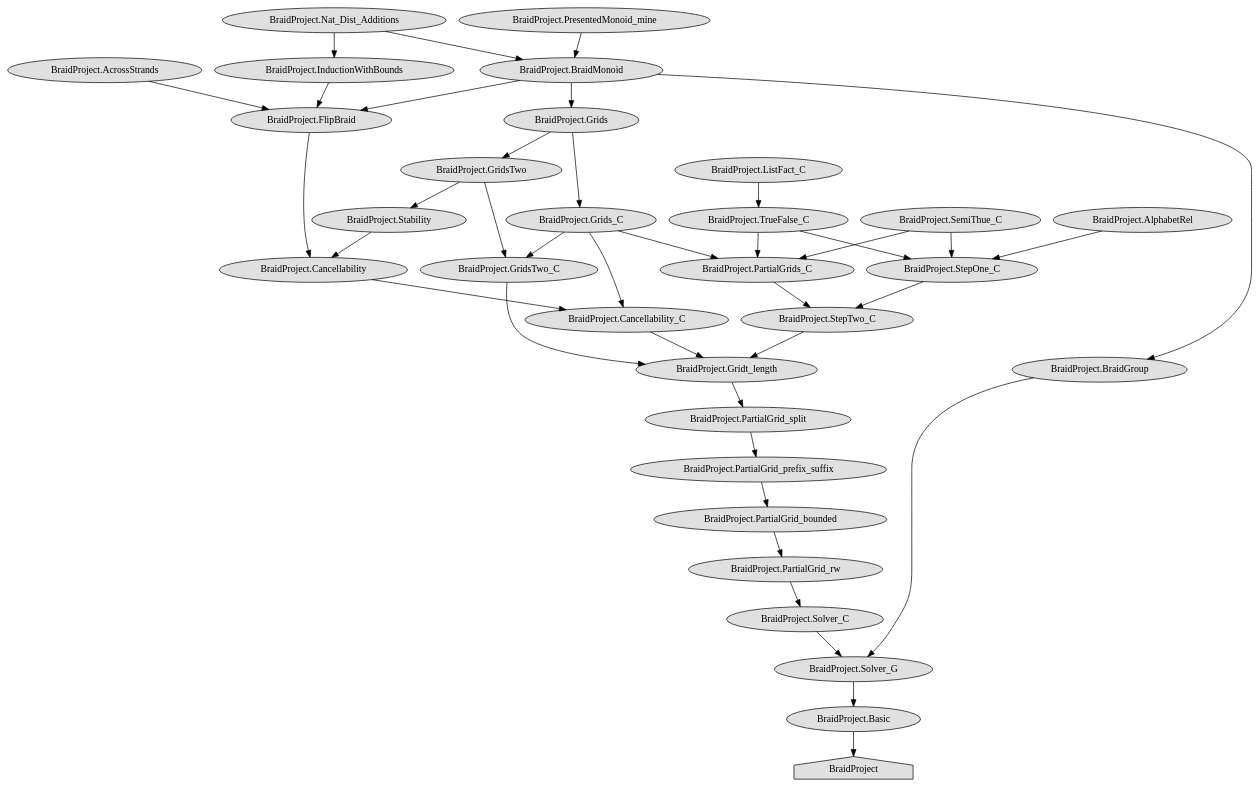
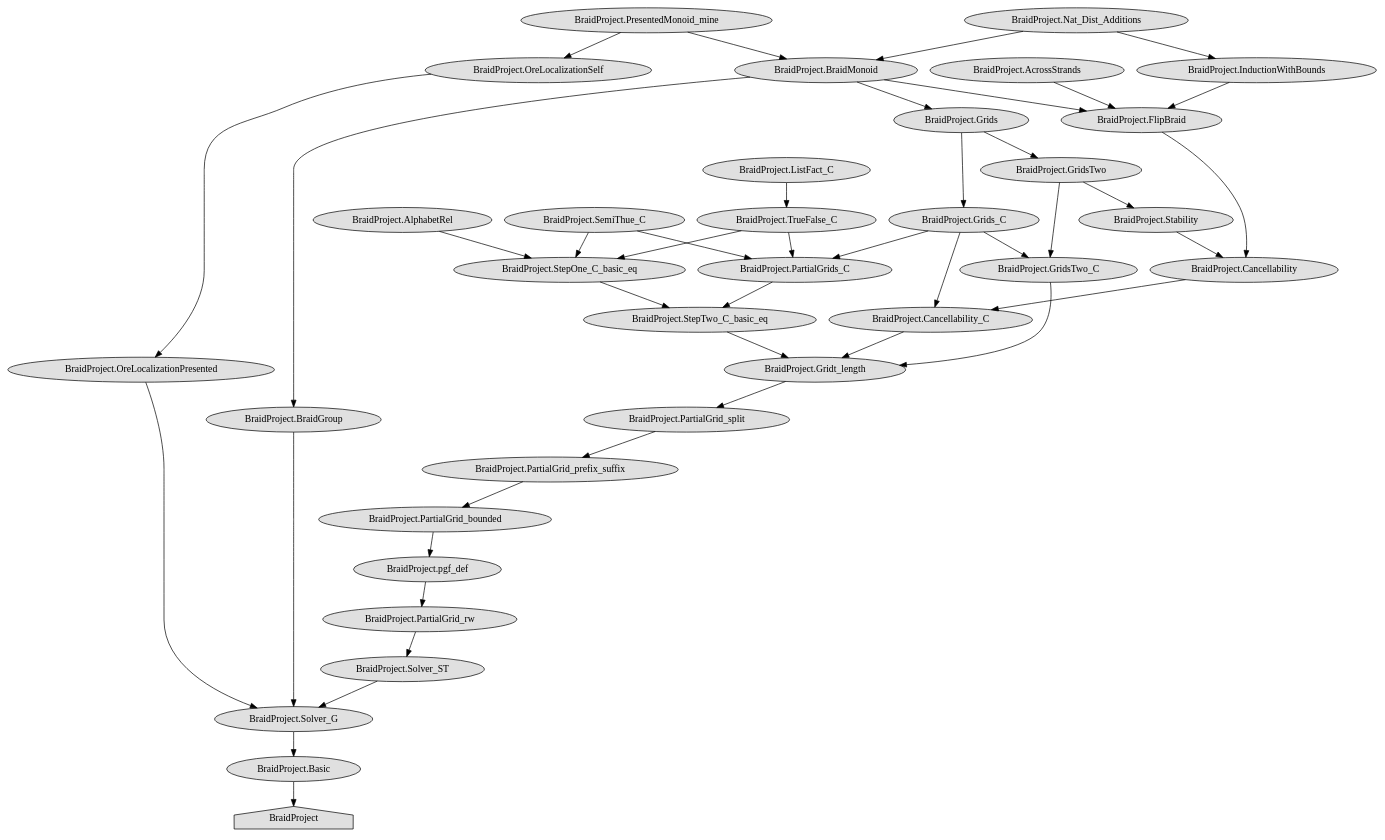
The diagram in import_graph_braid_only.dot (hannahfechtner/braids_better), drawn with Graphviz before and after one commit. The commit also changed 4135 other files, not shown here.

```diff
--- a/import_graph_braid_only.dot
+++ b/import_graph_braid_only.dot
@@ -1,70 +1,77 @@
 digraph "import_graph" {
+  "BraidProject.OreLocalizationSelf" [style=filled, fillcolor="#e0e0e0", shape=ellipse];
+  "BraidProject.PresentedMonoid_mine" -> "BraidProject.OreLocalizationSelf";
   "BraidProject.GridsTwo" [style=filled, fillcolor="#e0e0e0", shape=ellipse];
   "BraidProject.Grids" -> "BraidProject.GridsTwo";
   "BraidProject.BraidGroup" [style=filled, fillcolor="#e0e0e0", shape=ellipse];
   "BraidProject.BraidMonoid" -> "BraidProject.BraidGroup";
+  "BraidProject.OreLocalizationPresented" [style=filled, fillcolor="#e0e0e0", shape=ellipse];
+  "BraidProject.OreLocalizationSelf" -> "BraidProject.OreLocalizationPresented";
   "BraidProject.InductionWithBounds" [style=filled, fillcolor="#e0e0e0", shape=ellipse];
   "BraidProject.Nat_Dist_Additions" -> "BraidProject.InductionWithBounds";
   "BraidProject.ListFact_C" [style=filled, fillcolor="#e0e0e0", shape=ellipse];
   "BraidProject.PartialGrid_bounded" [style=filled, fillcolor="#e0e0e0", shape=ellipse];
   "BraidProject.PartialGrid_prefix_suffix" -> "BraidProject.PartialGrid_bounded";
   "BraidProject.PartialGrid_prefix_suffix" [style=filled, fillcolor="#e0e0e0", shape=ellipse];
   "BraidProject.PartialGrid_split" -> "BraidProject.PartialGrid_prefix_suffix";
-  "BraidProject.Solver_C" [style=filled, fillcolor="#e0e0e0", shape=ellipse];
-  "BraidProject.PartialGrid_rw" -> "BraidProject.Solver_C";
   "BraidProject.Cancellability_C" [style=filled, fillcolor="#e0e0e0", shape=ellipse];
   "BraidProject.Grids_C" -> "BraidProject.Cancellability_C";
   "BraidProject.Cancellability" -> "BraidProject.Cancellability_C";
+  "BraidProject.pgf_def" [style=filled, fillcolor="#e0e0e0", shape=ellipse];
+  "BraidProject.PartialGrid_bounded" -> "BraidProject.pgf_def";
   "BraidProject.PartialGrid_rw" [style=filled, fillcolor="#e0e0e0", shape=ellipse];
-  "BraidProject.PartialGrid_bounded" -> "BraidProject.PartialGrid_rw";
+  "BraidProject.pgf_def" -> "BraidProject.PartialGrid_rw";
   "BraidProject.GridsTwo_C" [style=filled, fillcolor="#e0e0e0", shape=ellipse];
   "BraidProject.Grids_C" -> "BraidProject.GridsTwo_C";
   "BraidProject.GridsTwo" -> "BraidProject.GridsTwo_C";
   "BraidProject.Stability" [style=filled, fillcolor="#e0e0e0", shape=ellipse];
   "BraidProject.GridsTwo" -> "BraidProject.Stability";
   "BraidProject.BraidMonoid" [style=filled, fillcolor="#e0e0e0", shape=ellipse];
   "BraidProject.PresentedMonoid_mine" -> "BraidProject.BraidMonoid";
   "BraidProject.Nat_Dist_Additions" -> "BraidProject.BraidMonoid";
   "BraidProject.Nat_Dist_Additions" [style=filled, fillcolor="#e0e0e0", shape=ellipse];
   "BraidProject.Solver_G" [style=filled, fillcolor="#e0e0e0", shape=ellipse];
-  "BraidProject.Solver_C" -> "BraidProject.Solver_G";
+  "BraidProject.Solver_ST" -> "BraidProject.Solver_G";
   "BraidProject.BraidGroup" -> "BraidProject.Solver_G";
+  "BraidProject.OreLocalizationPresented" -> "BraidProject.Solver_G";
   "BraidProject.Cancellability" [style=filled, fillcolor="#e0e0e0", shape=ellipse];
   "BraidProject.Stability" -> "BraidProject.Cancellability";
   "BraidProject.FlipBraid" -> "BraidProject.Cancellability";
   "BraidProject.Basic" [style=filled, fillcolor="#e0e0e0", shape=ellipse];
   "BraidProject.Solver_G" -> "BraidProject.Basic";
   "BraidProject.AcrossStrands" [style=filled, fillcolor="#e0e0e0", shape=ellipse];
+  "BraidProject.StepTwo_C_basic_eq" [style=filled, fillcolor="#e0e0e0", shape=ellipse];
+  "BraidProject.PartialGrids_C" -> "BraidProject.StepTwo_C_basic_eq";
+  "BraidProject.StepOne_C_basic_eq" -> "BraidProject.StepTwo_C_basic_eq";
   "BraidProject.Gridt_length" [style=filled, fillcolor="#e0e0e0", shape=ellipse];
-  "BraidProject.StepTwo_C" -> "BraidProject.Gridt_length";
+  "BraidProject.StepTwo_C_basic_eq" -> "BraidProject.Gridt_length";
   "BraidProject.Cancellability_C" -> "BraidProject.Gridt_length";
   "BraidProject.GridsTwo_C" -> "BraidProject.Gridt_length";
   "BraidProject" [style=filled, fillcolor="#e0e0e0", shape=house];
   "BraidProject.Basic" -> "BraidProject";
   "BraidProject.SemiThue_C" [style=filled, fillcolor="#e0e0e0", shape=ellipse];
   "BraidProject.PresentedMonoid_mine" [style=filled, fillcolor="#e0e0e0", shape=ellipse];
   "BraidProject.PartialGrid_split" [style=filled, fillcolor="#e0e0e0", shape=ellipse];
   "BraidProject.Gridt_length" -> "BraidProject.PartialGrid_split";
-  "BraidProject.StepTwo_C" [style=filled, fillcolor="#e0e0e0", shape=ellipse];
-  "BraidProject.PartialGrids_C" -> "BraidProject.StepTwo_C";
-  "BraidProject.StepOne_C" -> "BraidProject.StepTwo_C";
   "BraidProject.AlphabetRel" [style=filled, fillcolor="#e0e0e0", shape=ellipse];
+  "BraidProject.Solver_ST" [style=filled, fillcolor="#e0e0e0", shape=ellipse];
+  "BraidProject.PartialGrid_rw" -> "BraidProject.Solver_ST";
   "BraidProject.TrueFalse_C" [style=filled, fillcolor="#e0e0e0", shape=ellipse];
   "BraidProject.ListFact_C" -> "BraidProject.TrueFalse_C";
   "BraidProject.PartialGrids_C" [style=filled, fillcolor="#e0e0e0", shape=ellipse];
   "BraidProject.Grids_C" -> "BraidProject.PartialGrids_C";
   "BraidProject.SemiThue_C" -> "BraidProject.PartialGrids_C";
   "BraidProject.TrueFalse_C" -> "BraidProject.PartialGrids_C";
   "BraidProject.Grids" [style=filled, fillcolor="#e0e0e0", shape=ellipse];
   "BraidProject.BraidMonoid" -> "BraidProject.Grids";
-  "BraidProject.StepOne_C" [style=filled, fillcolor="#e0e0e0", shape=ellipse];
-  "BraidProject.SemiThue_C" -> "BraidProject.StepOne_C";
-  "BraidProject.AlphabetRel" -> "BraidProject.StepOne_C";
-  "BraidProject.TrueFalse_C" -> "BraidProject.StepOne_C";
+  "BraidProject.StepOne_C_basic_eq" [style=filled, fillcolor="#e0e0e0", shape=ellipse];
+  "BraidProject.SemiThue_C" -> "BraidProject.StepOne_C_basic_eq";
+  "BraidProject.AlphabetRel" -> "BraidProject.StepOne_C_basic_eq";
+  "BraidProject.TrueFalse_C" -> "BraidProject.StepOne_C_basic_eq";
   "BraidProject.Grids_C" [style=filled, fillcolor="#e0e0e0", shape=ellipse];
   "BraidProject.Grids" -> "BraidProject.Grids_C";
   "BraidProject.FlipBraid" [style=filled, fillcolor="#e0e0e0", shape=ellipse];
   "BraidProject.BraidMonoid" -> "BraidProject.FlipBraid";
   "BraidProject.AcrossStrands" -> "BraidProject.FlipBraid";
   "BraidProject.InductionWithBounds" -> "BraidProject.FlipBraid";
 }
```
